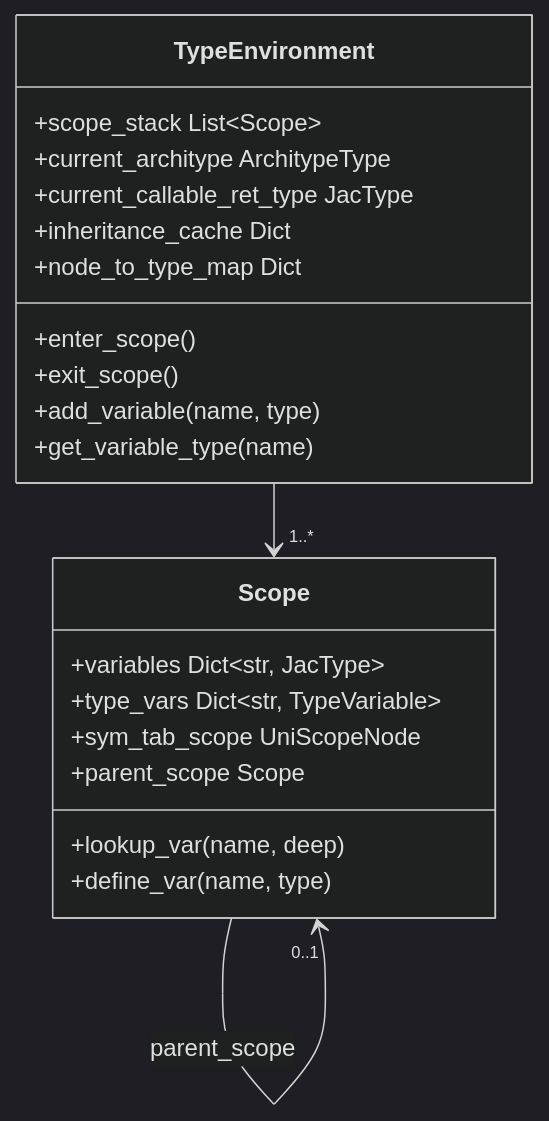
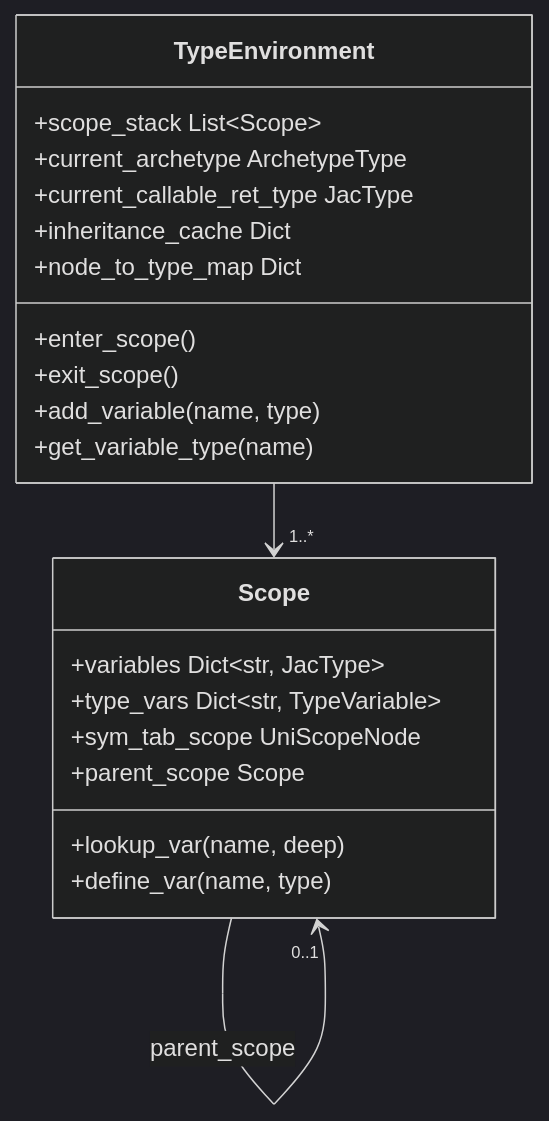
Before and after one commit to Jaseci-Labs/jaseci: the third of 4 diagrams in docs/docs/internals/planning_specs/native_type_system/architecture.md, drawn with Mermaid (dark theme). The commit also changed other lines of this file and 85 other files, not shown here.

````diff
--- a/docs/docs/internals/planning_specs/native_type_system/architecture.md
+++ b/docs/docs/internals/planning_specs/native_type_system/architecture.md
@@ -72,26 +72,26 @@
 ```mermaid
 classDiagram
     TypeEnvironment --> "1..*" Scope
     Scope --> "0..1" Scope : parent_scope
 
     class TypeEnvironment {
         +scope_stack List~Scope~
-        +current_architype ArchitypeType
+        +current_archetype ArchetypeType
         +current_callable_ret_type JacType
         +inheritance_cache Dict
         +node_to_type_map Dict
         +enter_scope()
         +exit_scope()
         +add_variable(name, type)
         +get_variable_type(name)
     }
 
     class Scope {
         +variables Dict~str, JacType~
         +type_vars Dict~str, TypeVariable~
         +sym_tab_scope UniScopeNode
         +parent_scope Scope
         +lookup_var(name, deep)
         +define_var(name, type)
     }
 ```
````
